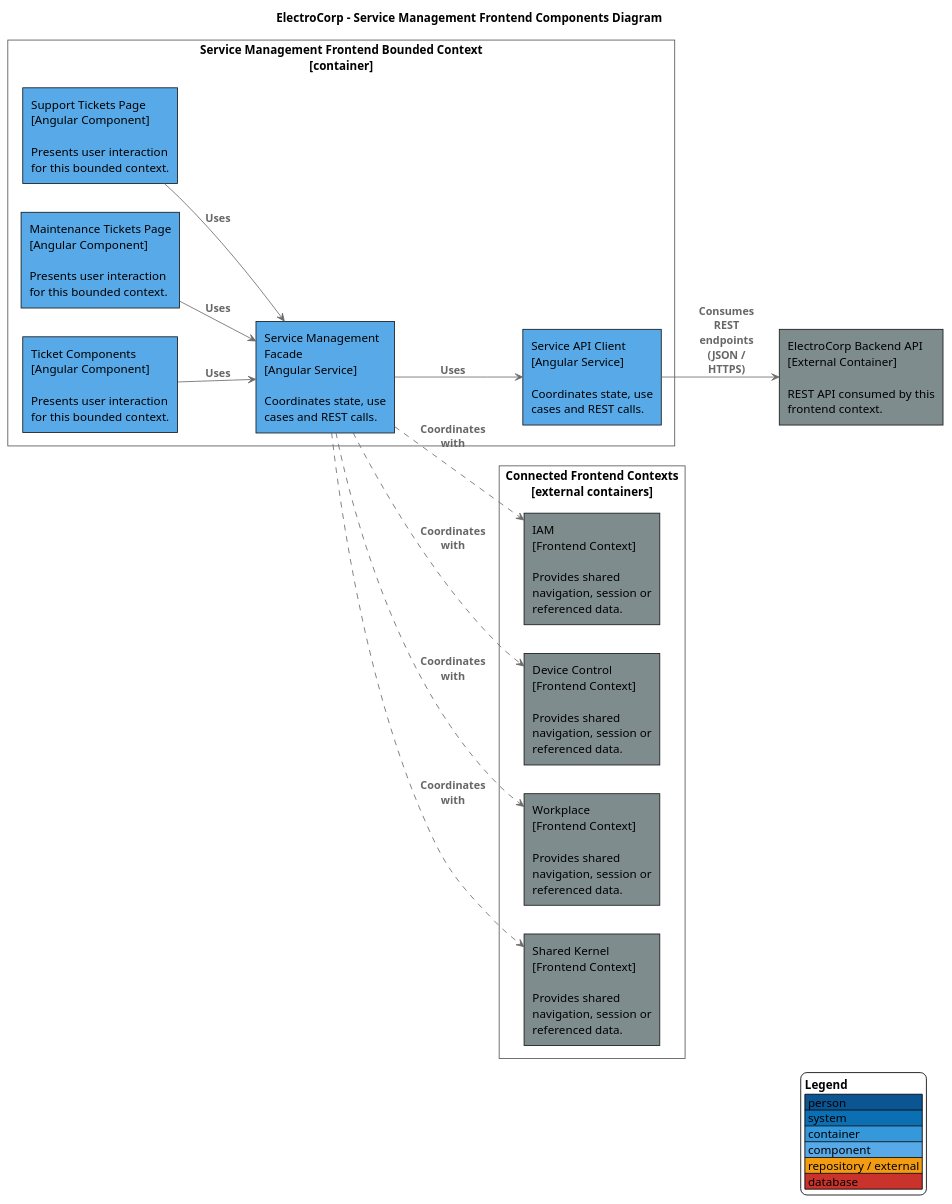
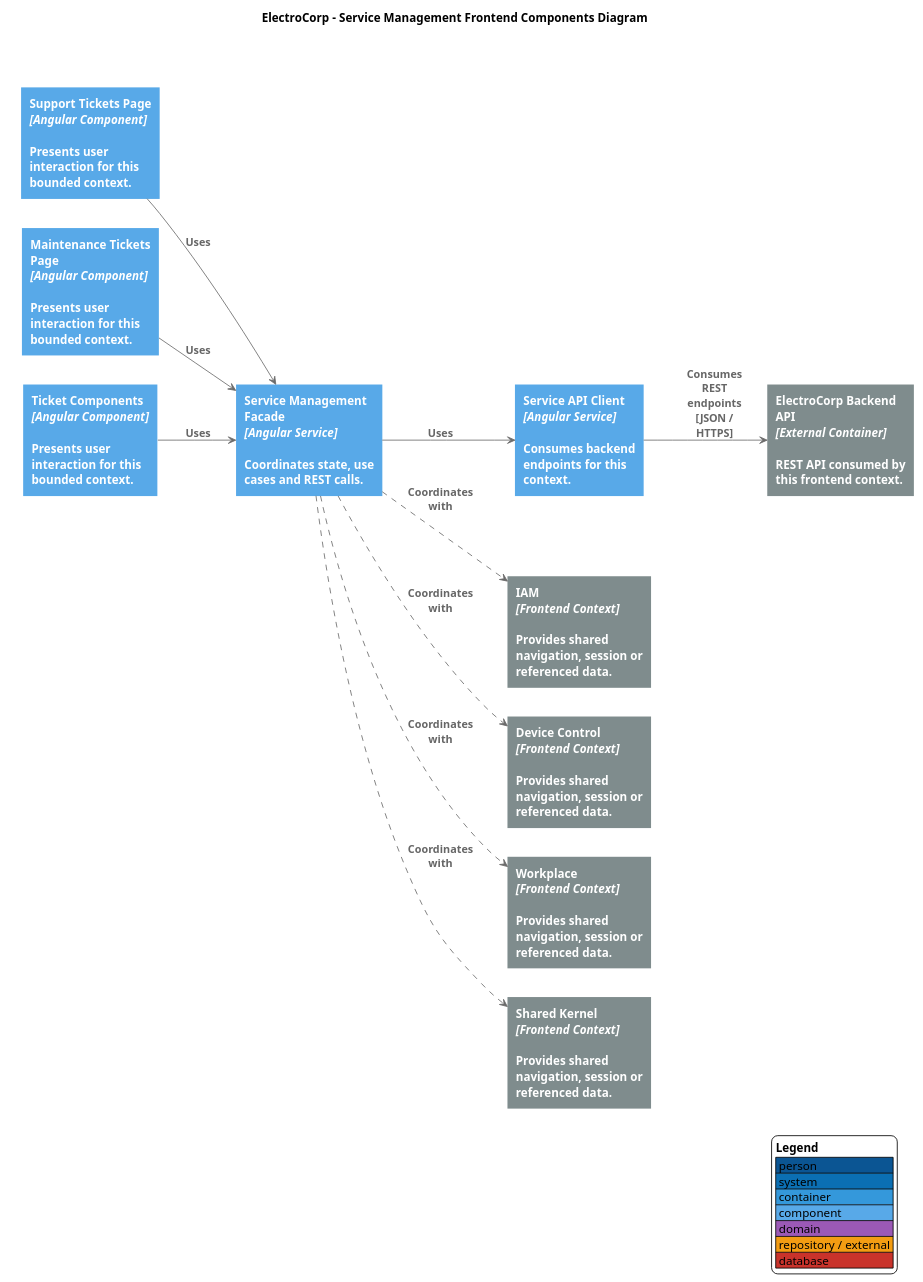
Before and after one commit to upc-pre-202610-1asi0729-11896-ecorp/electrocorp-report: the diagram in docs/diagrams/components/frontend/bounded-contexts/service-management-frontend-components.puml, drawn with PlantUML. The commit also changed 22 other files, not shown here.

Commit message:
style(docs): redesign c4 diagrams with visual ui layout

```diff
--- a/docs/diagrams/components/frontend/bounded-contexts/service-management-frontend-components.puml
+++ b/docs/diagrams/components/frontend/bounded-contexts/service-management-frontend-components.puml
@@ -1,57 +1,59 @@
 @startuml
 skinparam backgroundColor #FFFFFF
 skinparam shadowing false
 skinparam defaultFontName Arial
-skinparam wrapWidth 180
+skinparam wrapWidth 170
 skinparam maxMessageSize 90
 skinparam ArrowColor #6B6B6B
 skinparam ArrowFontColor #666666
 skinparam ArrowFontStyle bold
 skinparam rectangleRoundCorner 0
-skinparam rectangleBorderThickness 1
+skinparam rectangleBorderThickness 0
+skinparam rectangleFontColor #FFFFFF
+skinparam rectangleFontStyle bold
 skinparam packageStyle rectangle
 skinparam packageBorderColor #555555
 skinparam packageBackgroundColor transparent
 skinparam packageFontColor #444444
 skinparam packageFontStyle bold
 skinparam databaseBackgroundColor #C9332B
 skinparam databaseBorderColor #C9332B
 skinparam databaseFontColor #FFFFFF
 hide stereotype
 title ElectroCorp - Service Management Frontend Components Diagram
 left to right direction
 
-
 package "Service Management Frontend Bounded Context\n[container]" {
-  rectangle "Support Tickets Page\n[Angular Component]\n\nPresents user interaction for this bounded context." as F0 #58A9E8
-  rectangle "Maintenance Tickets Page\n[Angular Component]\n\nPresents user interaction for this bounded context." as F1 #58A9E8
-  rectangle "Ticket Components\n[Angular Component]\n\nPresents user interaction for this bounded context." as F2 #58A9E8
-  rectangle "Service Management Facade\n[Angular Service]\n\nCoordinates state, use cases and REST calls." as F3 #58A9E8
-  rectangle "Service API Client\n[Angular Service]\n\nCoordinates state, use cases and REST calls." as F4 #58A9E8
+  rectangle "<b>Support Tickets Page</b>\n<i>[Angular Component]</i>\n\nPresents user interaction for this bounded context." as P0 #58A9E8
+  rectangle "<b>Maintenance Tickets Page</b>\n<i>[Angular Component]</i>\n\nPresents user interaction for this bounded context." as P1 #58A9E8
+  rectangle "<b>Ticket Components</b>\n<i>[Angular Component]</i>\n\nPresents user interaction for this bounded context." as P2 #58A9E8
+  rectangle "<b>Service Management Facade</b>\n<i>[Angular Service]</i>\n\nCoordinates state, use cases and REST calls." as Facade #58A9E8
+  rectangle "<b>Service API Client</b>\n<i>[Angular Service]</i>\n\nConsumes backend endpoints for this context." as Client #58A9E8
 }
-rectangle "ElectroCorp Backend API\n[External Container]\n\nREST API consumed by this frontend context." as Backend #7F8C8D
+rectangle "<b>ElectroCorp Backend API</b>\n<i>[External Container]</i>\n\nREST API consumed by this frontend context." as Backend #7F8C8D
 package "Connected Frontend Contexts\n[external containers]" {
-  rectangle "IAM\n[Frontend Context]\n\nProvides shared navigation, session or referenced data." as Dep0 #7F8C8D
-  rectangle "Device Control\n[Frontend Context]\n\nProvides shared navigation, session or referenced data." as Dep1 #7F8C8D
-  rectangle "Workplace\n[Frontend Context]\n\nProvides shared navigation, session or referenced data." as Dep2 #7F8C8D
-  rectangle "Shared Kernel\n[Frontend Context]\n\nProvides shared navigation, session or referenced data." as Dep3 #7F8C8D
+  rectangle "<b>IAM</b>\n<i>[Frontend Context]</i>\n\nProvides shared navigation, session or referenced data." as Dep0 #7F8C8D
+  rectangle "<b>Device Control</b>\n<i>[Frontend Context]</i>\n\nProvides shared navigation, session or referenced data." as Dep1 #7F8C8D
+  rectangle "<b>Workplace</b>\n<i>[Frontend Context]</i>\n\nProvides shared navigation, session or referenced data." as Dep2 #7F8C8D
+  rectangle "<b>Shared Kernel</b>\n<i>[Frontend Context]</i>\n\nProvides shared navigation, session or referenced data." as Dep3 #7F8C8D
 }
-F0 --> F3 : Uses
-F1 --> F3 : Uses
-F2 --> F3 : Uses
-F3 --> F4 : Uses
-F4 --> Backend : Consumes REST endpoints (JSON / HTTPS)
-F3 ..> Dep0 : Coordinates with
-F3 ..> Dep1 : Coordinates with
-F3 ..> Dep2 : Coordinates with
-F3 ..> Dep3 : Coordinates with
+P0 --> Facade : Uses
+P1 --> Facade : Uses
+P2 --> Facade : Uses
+Facade --> Client : Uses
+Client --> Backend : Consumes REST endpoints\n[JSON / HTTPS]
+Facade ..> Dep0 : Coordinates with
+Facade ..> Dep1 : Coordinates with
+Facade ..> Dep2 : Coordinates with
+Facade ..> Dep3 : Coordinates with
 legend right
   <b>Legend</b>
   |<#0B5593> person |
   |<#0B6FB3> system |
   |<#3498DB> container |
   |<#58A9E8> component |
+  |<#9B59B6> domain |
   |<#F39C12> repository / external |
   |<#C9332B> database |
 endlegend
 @enduml
```
